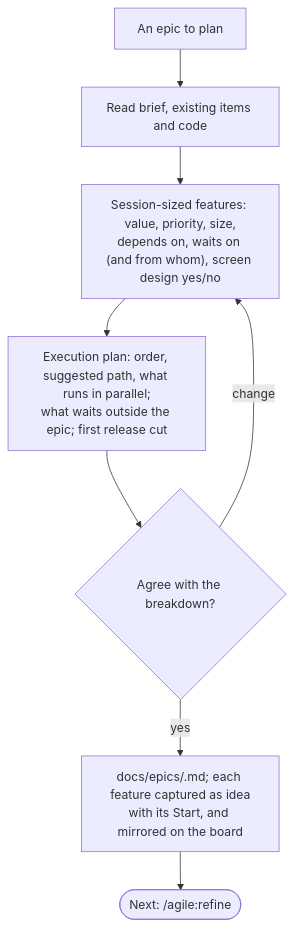
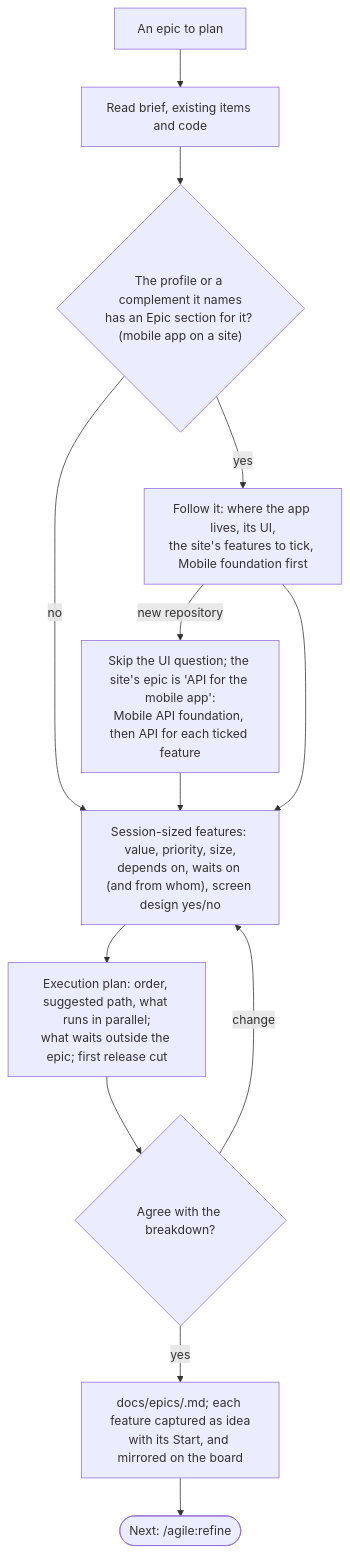
Before and after one commit to alexcanario/simulab: the sixth of 20 diagrams in docs/agile/workflow.md, drawn with Mermaid. The commit also changed other lines of this file and 17 other files, not shown here.

````diff
--- a/docs/agile/workflow.md
+++ b/docs/agile/workflow.md
@@ -1491,10 +2059,15 @@
 ```mermaid
 flowchart TD
     A["An epic to plan"] --> B["Read brief, existing items and code"]
-    B --> C["Session-sized features: value, priority, size,<br/>depends on, waits on (and from whom), screen design yes/no"]
+    B --> B1{"The profile or a complement it names<br/>has an Epic section for it? (mobile app on a site)"}
+    B1 -->|yes| B2["Follow it: where the app lives, its UI,<br/>the site's features to tick, Mobile foundation first"]
+    B1 -->|no| C
+    B2 -->|new repository| B3["Skip the UI question; the site's epic is 'API for the mobile app':<br/>Mobile API foundation, then API for each ticked feature"]
+    B3 --> C
+    B2 --> C["Session-sized features: value, priority, size,<br/>depends on, waits on (and from whom), screen design yes/no"]
     C --> D["Execution plan: order, suggested path, what runs in parallel;<br/>what waits outside the epic; first release cut"]
     D --> E{"Agree with the breakdown?"}
     E -->|change| C
     E -->|yes| F["docs/epics/<slug>.md; each feature captured as idea<br/>with its Start, and mirrored on the board"]
     F --> G(["Next: /agile:refine <first feature that waits on nothing>"])
 ```
````
